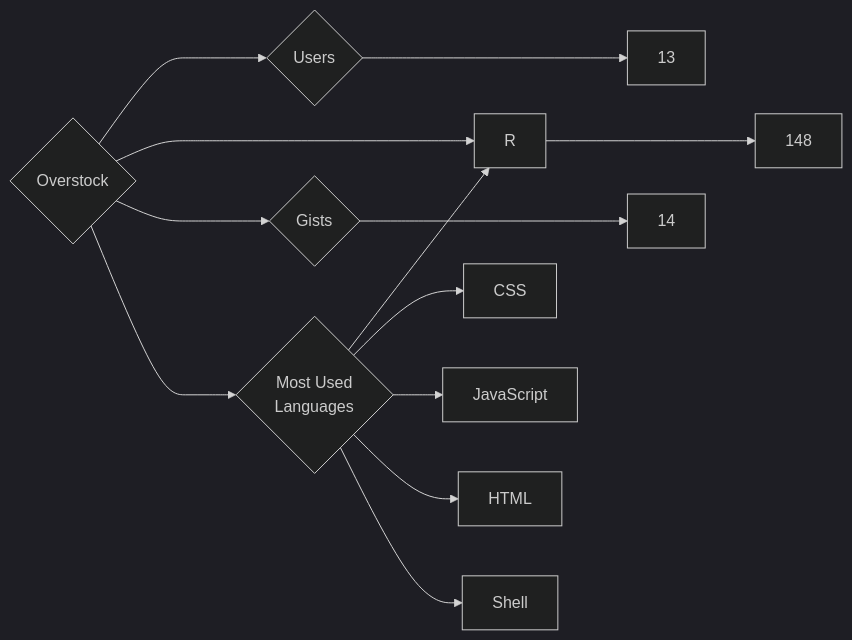
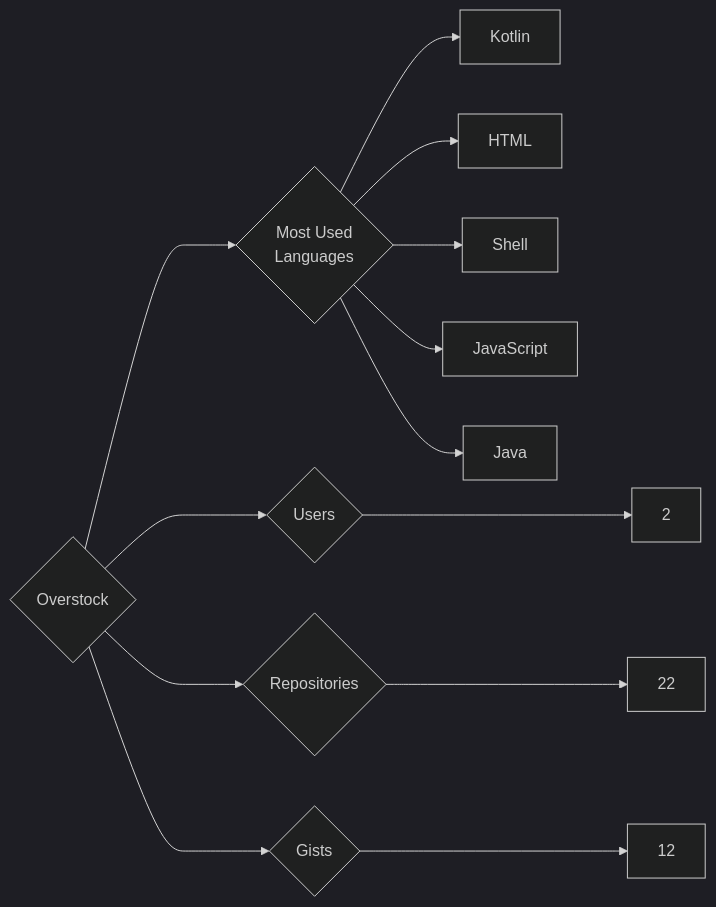
Before and after one commit to trickest/insiders: the diagram in targets/Overstock/README.md, drawn with Mermaid (dark theme). The commit also changed 839 other files, not shown here.

````diff
--- a/targets/Overstock/README.md
+++ b/targets/Overstock/README.md
@@ -3,13 +3,13 @@
 ```mermaid
 graph LR
 COMPANY_NAME{Overstock}
-COMPANY_NAME ---> U{Users} ---> UN[13]
-COMPANY_NAME ---> R{Repositories} ---> RN[148]
-COMPANY_NAME ---> G{Gists} ---> GN[14]
+COMPANY_NAME ---> U{Users} ---> UN[2]
+COMPANY_NAME ---> R{Repositories} ---> RN[22]
+COMPANY_NAME ---> G{Gists} ---> GN[12]
 COMPANY_NAME ---> ML{Most Used<br>Languages}
-ML --> R[R]
-ML --> CSS[CSS]
-ML --> JavaScript[JavaScript]
+ML --> Kotlin[Kotlin]
 ML --> HTML[HTML]
 ML --> Shell[Shell]
+ML --> JavaScript[JavaScript]
+ML --> Java[Java]
 ```
````
